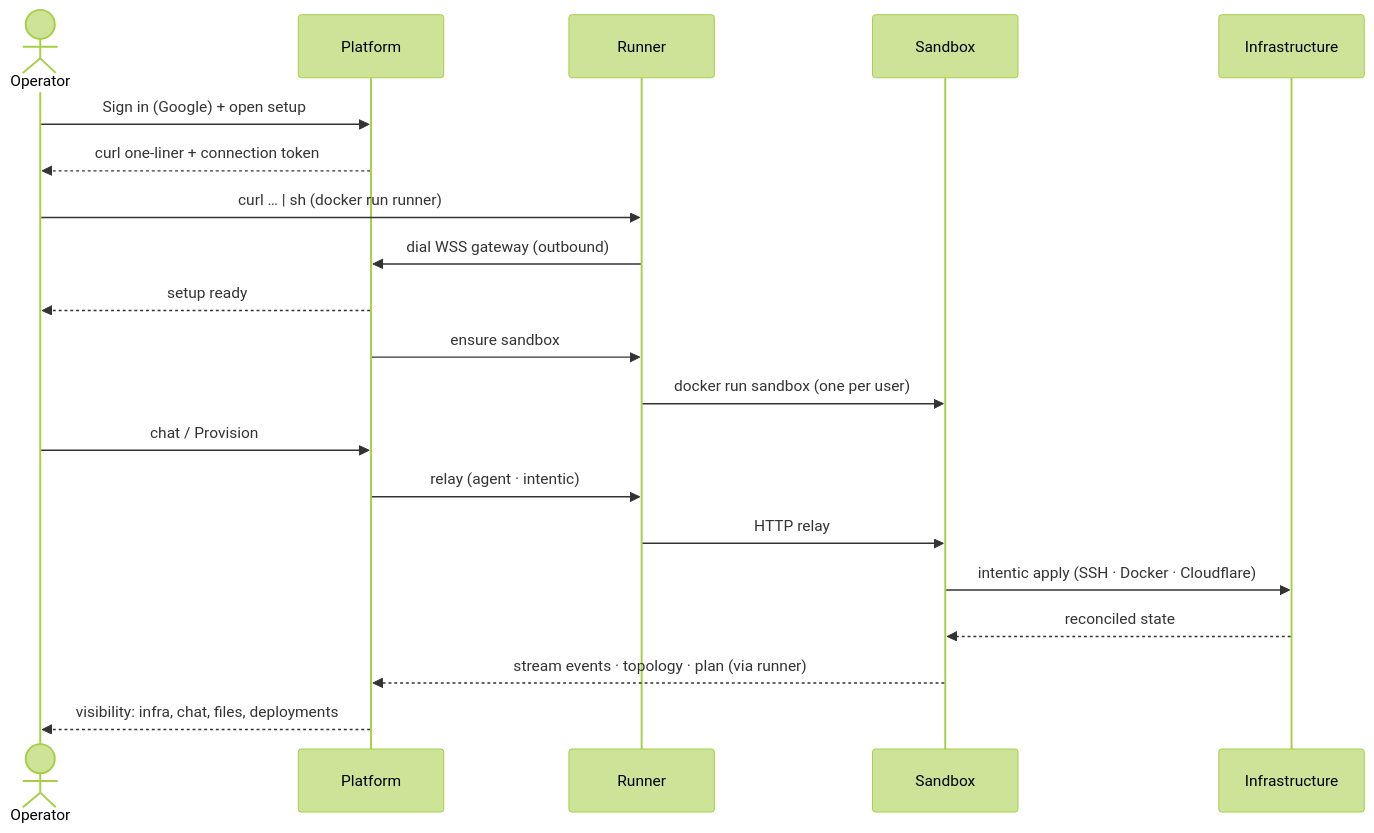
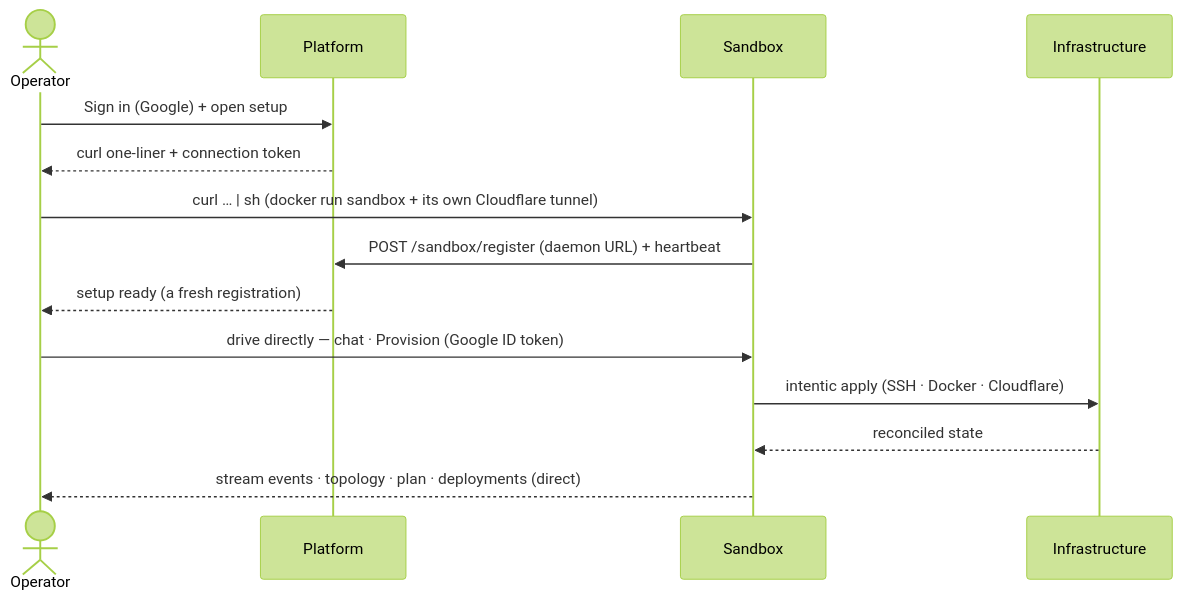
One commit to radarsu/intentic changed the second of 2 diagrams in ARCHITECTURE.md. Above: the diagram before and after it, drawn with Mermaid (forest theme). The commit also changed other lines of this file and 20 other files, not shown here.

````diff
--- a/ARCHITECTURE.md
+++ b/ARCHITECTURE.md
@@ -59,23 +60,17 @@
 ```mermaid
 sequenceDiagram
     actor U as Operator
     participant P as Platform
-    participant R as Runner
     participant S as Sandbox
     participant I as Infrastructure
 
     U->>P: Sign in (Google) + open setup
     P-->>U: curl one-liner + connection token
-    U->>R: curl … | sh   (docker run runner)
-    R->>P: dial WSS gateway (outbound)
-    P-->>U: setup ready
-    P->>R: ensure sandbox
-    R->>S: docker run sandbox (one per user)
-    U->>P: chat / Provision
-    P->>R: relay (agent · intentic)
-    R->>S: HTTP relay
+    U->>S: curl … | sh   (docker run sandbox + its own Cloudflare tunnel)
+    S->>P: POST /sandbox/register (daemon URL) + heartbeat
+    P-->>U: setup ready (a fresh registration)
+    U->>S: drive directly — chat · Provision (Google ID token)
     S->>I: intentic apply (SSH · Docker · Cloudflare)
     I-->>S: reconciled state
-    S-->>P: stream events · topology · plan (via runner)
-    P-->>U: visibility: infra, chat, files, deployments
+    S-->>U: stream events · topology · plan · deployments (direct)
 ```
````
